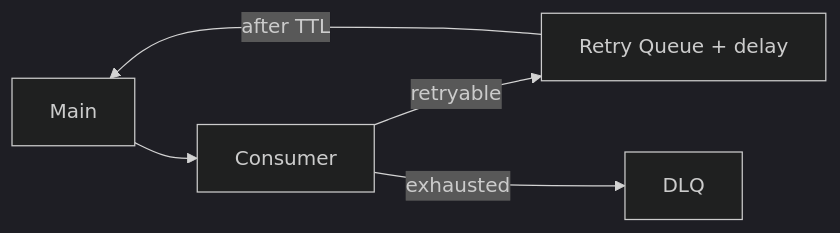
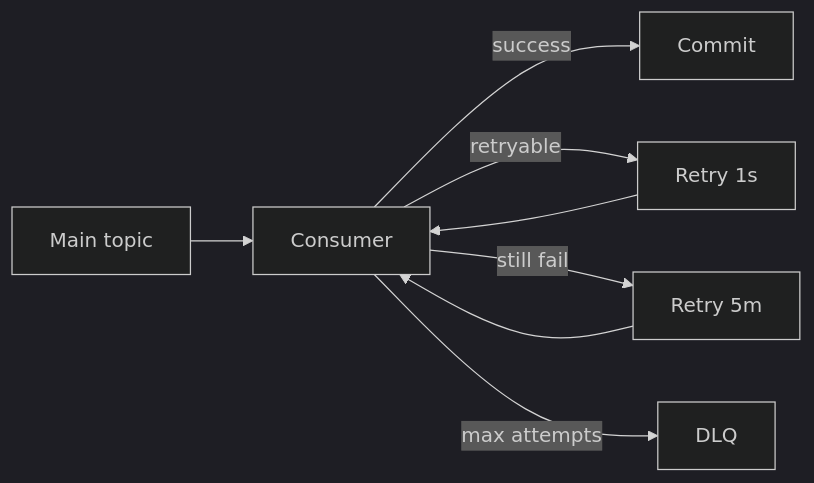
Diagram 21 of 29 in 06-messaging-and-events/README.md (hareramcse/SystemDesign), drawn with Mermaid (dark theme) before and after one commit. The commit also changed other lines of this file and 5 other files, not shown here.

````diff
--- a/06-messaging-and-events/README.md
+++ b/06-messaging-and-events/README.md
@@ -1185,7 +1524,10 @@
 ```mermaid
 flowchart LR
-    Main --> Consumer
-    Consumer -->|retryable| Retry[Retry Queue + delay]
-    Retry -->|after TTL| Main
-    Consumer -->|exhausted| DLQ
+    Main[Main topic] --> Consumer
+    Consumer -->|success| ACK[Commit]
+    Consumer -->|retryable| R1[Retry 1s]
+    R1 --> Consumer
+    Consumer -->|still fail| R2[Retry 5m]
+    R2 --> Consumer
+    Consumer -->|max attempts| DLQ[DLQ]
 ```
````
